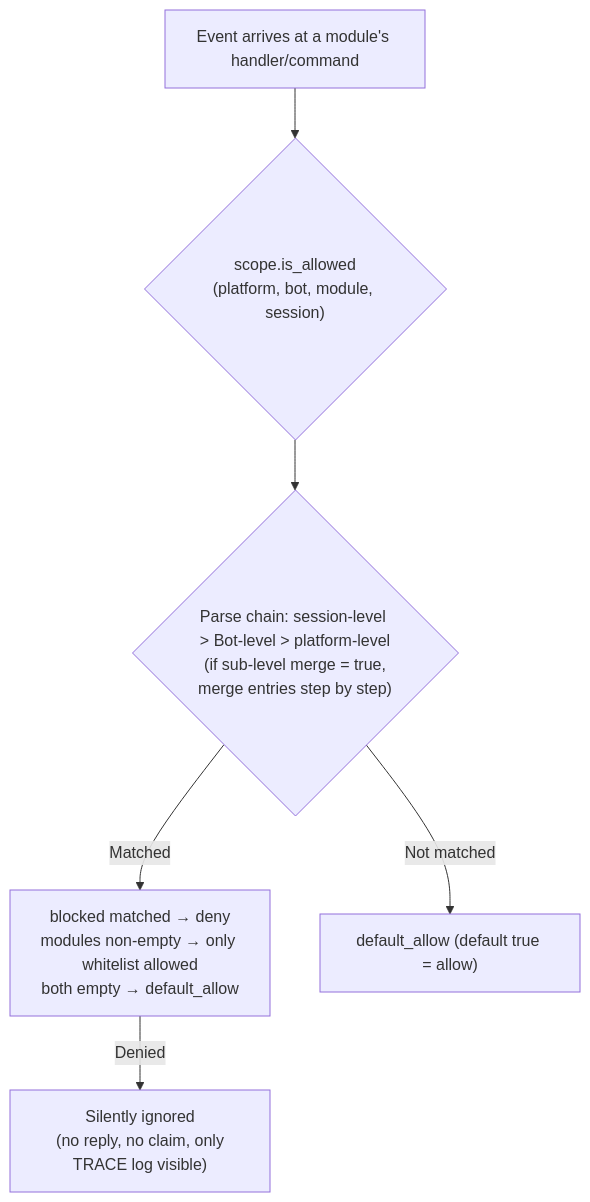
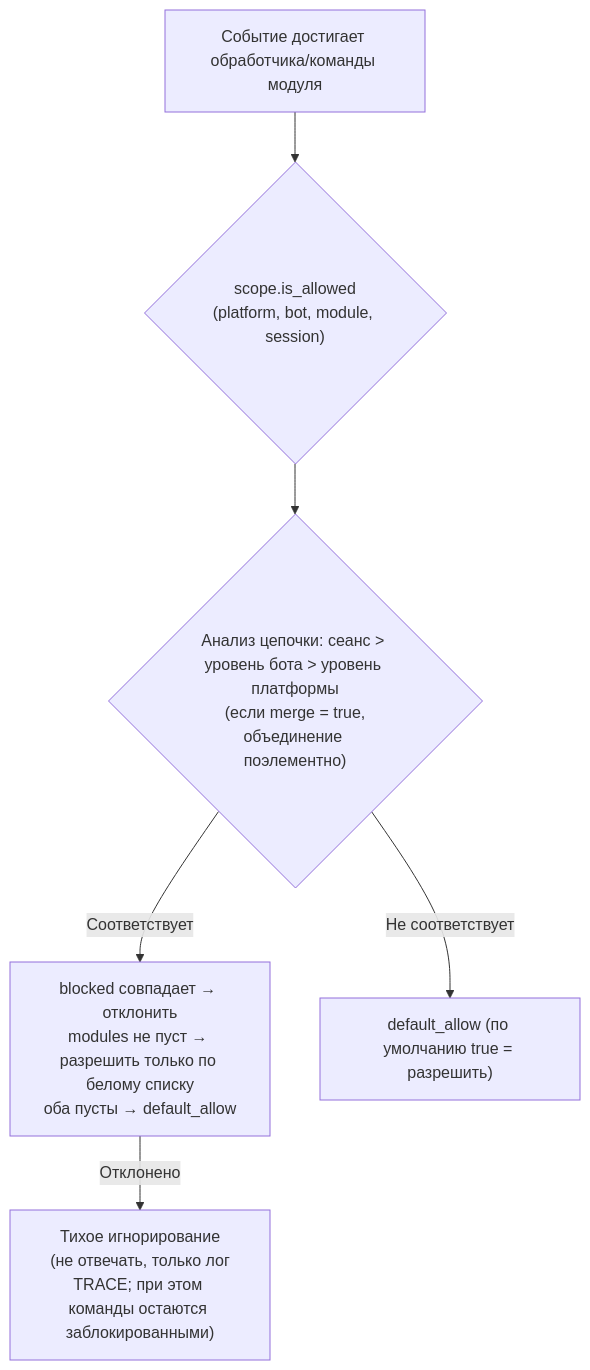
Before and after one commit to ErisPulse/ErisPulse: the diagram in docs/ru/advanced/scope.md, drawn with Mermaid. The commit also changed other lines of this file and 23 other files, not shown here.

````diff
--- a/docs/ru/advanced/scope.md
+++ b/docs/ru/advanced/scope.md
@@ -96,8 +91,8 @@
 ```mermaid
 flowchart TD
-    A["Event arrives at a module's handler/command"] --> B{"scope.is_allowed<br/>(platform, bot, module, session)"}
-    B --> C{"Parse chain: session-level > Bot-level > platform-level<br/> (if sub-level merge = true, merge entries step by step)"}
-    C -->|"Matched"| D["blocked matched → deny<br/>modules non-empty → only whitelist allowed<br/>both empty → default_allow"]
-    C -->|"Not matched"| E["default_allow (default true = allow)"]
-    D -->|"Denied"| Z["Silently ignored<br/> (no reply, no claim, only TRACE log visible)"]
+    A["Событие достигает обработчика/команды модуля"] --> B{"scope.is_allowed<br/>(platform, bot, module, session)"}
+    B --> C{"Анализ цепочки: сеанс > уровень бота > уровень платформы<br/> (если merge = true, объединение поэлементно)"}
+    C -->|"Соответствует"| D["blocked совпадает → отклонить<br/>modules не пуст → разрешить только по белому списку<br/>оба пусты → default_allow"]
+    C -->|"Не соответствует"| E["default_allow (по умолчанию true = разрешить)"]
+    D -->|"Отклонено"| Z["Тихое игнорирование<br/> (не отвечать, только лог TRACE; при этом команды остаются заблокированными)"]
 ```
````
